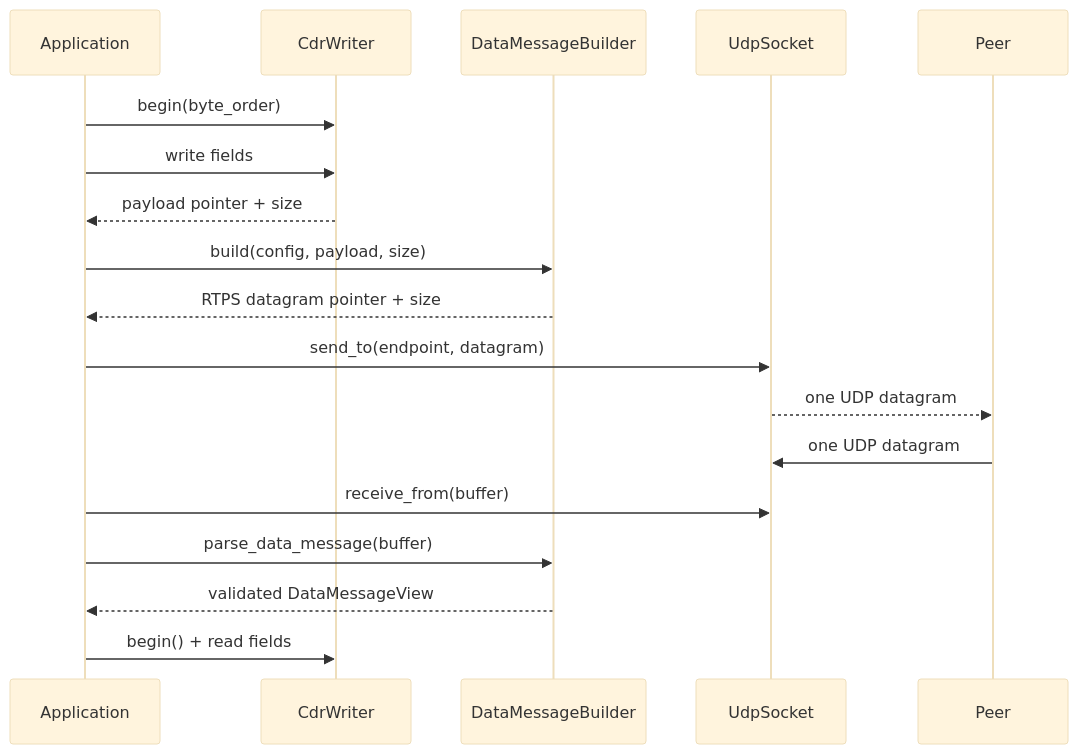
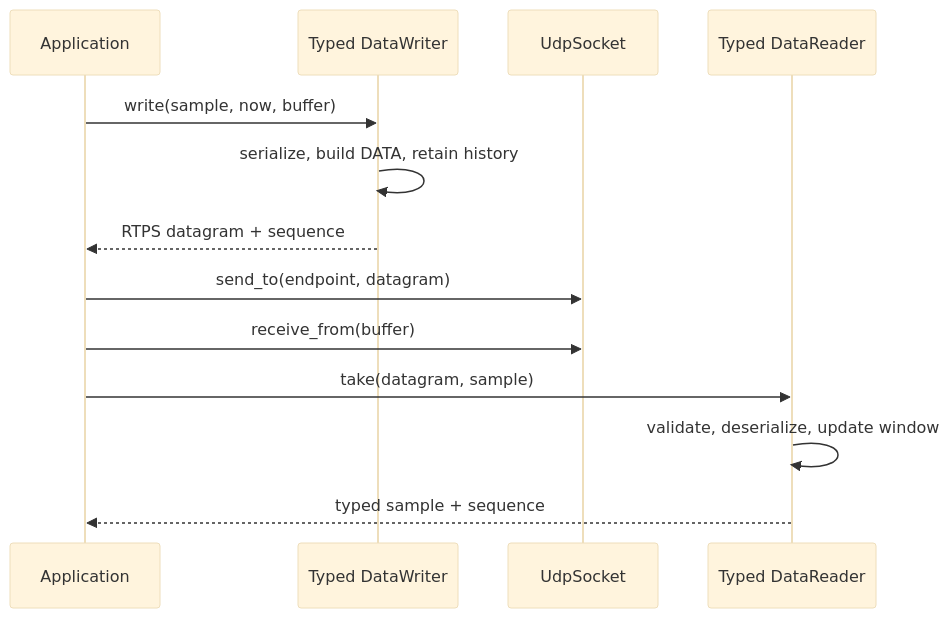
One commit to indrakanti/openRTDDS changed the second of 2 diagrams in docs/design/system/detailed-design.md. Above: the diagram before and after it, drawn with Mermaid (base theme). The commit also changed other lines of this file and 18 other files, not shown here.

````diff
--- a/docs/design/system/detailed-design.md
+++ b/docs/design/system/detailed-design.md
@@ -34,20 +35,15 @@
 ```mermaid
 sequenceDiagram
     participant A as Application
-    participant C as CdrWriter
-    participant R as DataMessageBuilder
+    participant W as Typed DataWriter
     participant U as UdpSocket
-    participant P as Peer
-    A->>C: begin(byte_order)
-    A->>C: write fields
-    C-->>A: payload pointer + size
-    A->>R: build(config, payload, size)
-    R-->>A: RTPS datagram pointer + size
+    participant R as Typed DataReader
+    A->>W: write(sample, now, buffer)
+    W->>W: serialize, build DATA, retain history
+    W-->>A: RTPS datagram + sequence
     A->>U: send_to(endpoint, datagram)
-    U-->>P: one UDP datagram
-    P->>U: one UDP datagram
     A->>U: receive_from(buffer)
-    A->>R: parse_data_message(buffer)
-    R-->>A: validated DataMessageView
-    A->>C: begin() + read fields
+    A->>R: take(datagram, sample)
+    R->>R: validate, deserialize, update window
+    R-->>A: typed sample + sequence
 ```
````
